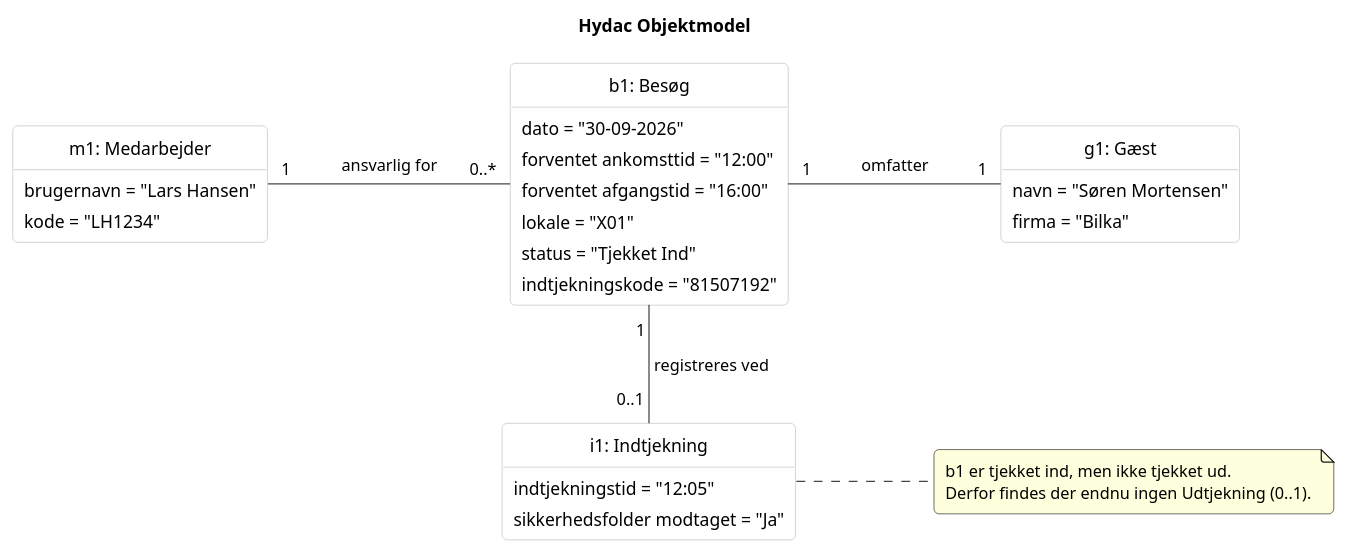
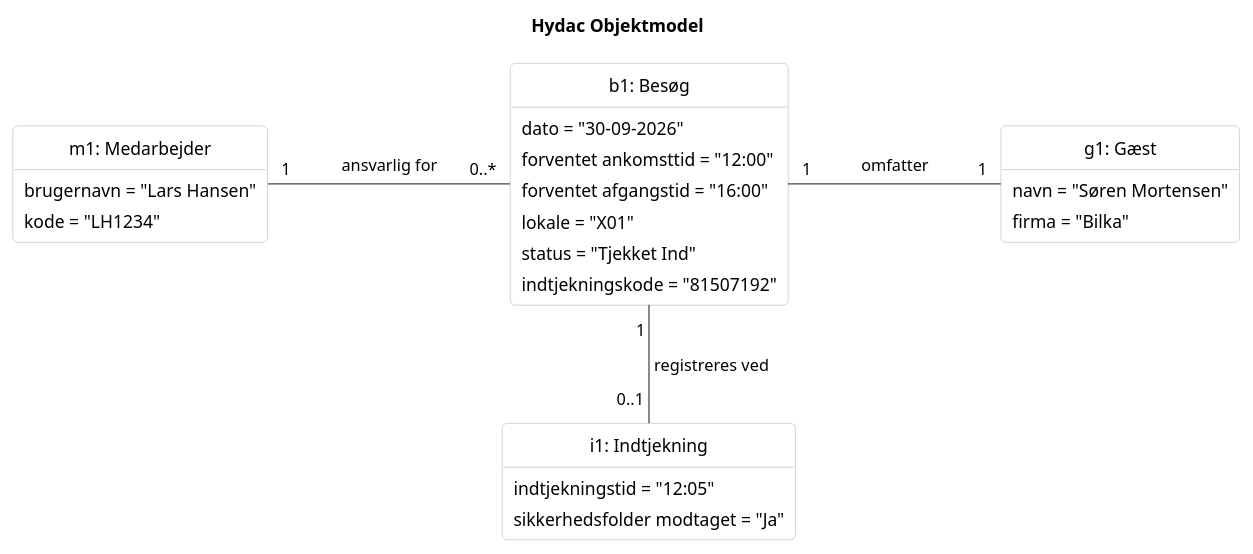
One commit to Zoabz/Hydac changed the diagram in 3. Objekt Model/3. Objekt Model.puml. Above: the diagram before and after it, drawn with PlantUML. The commit also changed 5 other files, not shown here.

```diff
--- a/3. Objekt Model/3. Objekt Model.puml
+++ b/3. Objekt Model/3. Objekt Model.puml
@@ -1,60 +1,56 @@
 @startuml Hydac_Objektmodel
 
 skinparam backgroundColor White
 skinparam shadowing false
 skinparam defaultFontName Arial
 skinparam roundCorner 8
 skinparam linetype polyline
 skinparam nodesep 110
 skinparam ranksep 70
 skinparam padding 3
 skinparam titleFontStyle bold
 
 hide circle
 hide methods
 
 skinparam class {
     BackgroundColor White
     BorderColor #BBBBBB
     ArrowColor #444444
     FontColor Black
     AttributeFontColor Black
 }
 
 title Hydac Objektmodel
 
 class "m1: Medarbejder" as Medarbejder {
     brugernavn = "Lars Hansen"
     kode = "LH1234"
 }
 
 class "b1: Besøg" as Besog {
     dato = "30-09-2026"
     forventet ankomsttid = "12:00"
     forventet afgangstid = "16:00"
     lokale = "X01"
     status = "Tjekket Ind"
     indtjekningskode = "81507192"
 }
 
 class "g1: Gæst" as Gaest {
     navn = "Søren Mortensen"
     firma = "Bilka"
 }
 
 class "i1: Indtjekning" as Indtjekning {
     indtjekningstid = "12:05"
     sikkerhedsfolder modtaget = "Ja"
 }
 
-note right of Indtjekning
-    b1 er tjekket ind, men ikke tjekket ud.
-    Derfor findes der endnu ingen Udtjekning (0..1).
-end note
 
 Medarbejder "1" -right- "0..*" Besog : ansvarlig for
 Besog "1" -right- "1" Gaest : omfatter
 
 Besog "1" -- "0..1" Indtjekning : registreres ved
 
 @enduml
```
